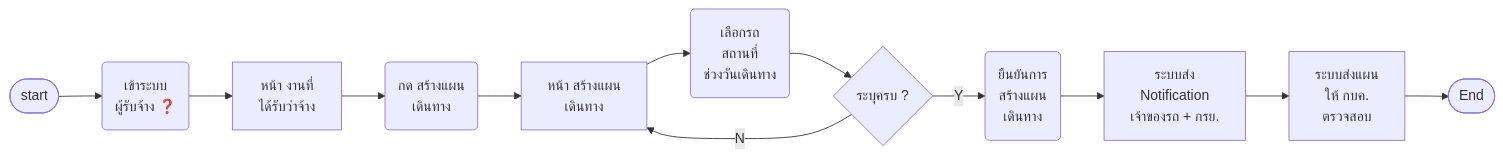
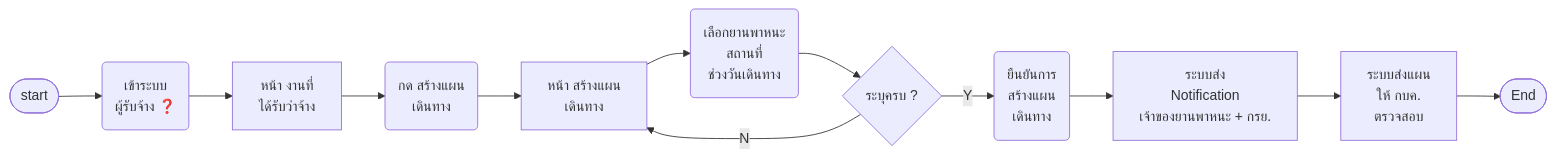
Before and after one commit to anugmail/Maintenance-Request-Form: the first of 3 diagrams in Diagram/01-บำรุงรักษาตามวาระ/14-บำรุงรักษา-userflow-พักไว้-S3.md, drawn with Mermaid. The commit also changed other lines of this file and 7 other files, not shown here.

````diff
--- a/Diagram/01-บำรุงรักษาตามวาระ/14-บำรุงรักษา-userflow-พักไว้-S3.md
+++ b/Diagram/01-บำรุงรักษาตามวาระ/14-บำรุงรักษา-userflow-พักไว้-S3.md
@@ -132,16 +132,16 @@
 ```mermaid
 flowchart LR
     S([start]) --> A0("เข้าระบบ<br/>ผู้รับจ้าง ❓")
     A0 --> D1["หน้า งานที่<br/>ได้รับว่าจ้าง"]
     D1 --> A1("กด สร้างแผน<br/>เดินทาง")
     A1 --> D2["หน้า สร้างแผน<br/>เดินทาง"]
-    D2 --> A2("เลือกรถ<br/>สถานที่<br/>ช่วงวันเดินทาง")
+    D2 --> A2("เลือกยานพาหนะ<br/>สถานที่<br/>ช่วงวันเดินทาง")
     A2 --> Q1{"ระบุครบ ?"}
     Q1 -->|N| D2
     Q1 -->|Y| A3("ยืนยันการ<br/>สร้างแผน<br/>เดินทาง")
-    A3 --> D3["ระบบส่ง<br/>Notification<br/>เจ้าของรถ + กรย."]
+    A3 --> D3["ระบบส่ง<br/>Notification<br/>เจ้าของยานพาหนะ + กรย."]
     D3 --> D4["ระบบส่งแผน<br/>ให้ กบค.<br/>ตรวจสอบ"]
     D4 --> E([End])
     %% Q: A0 | Q13 ❓ ผู้รับจ้างเข้า VMS+ ทางไหน มีบัญชีภายนอกไหม หรือ กบค. กรอกแทน
     %% Q: D1 | Q14 ❓ "ทำเรื่องซื้ออะไหล่" ของผู้รับจ้าง (บอร์ด) ทำนอกระบบ หรือต้องบันทึกในระบบ
 ```
````
